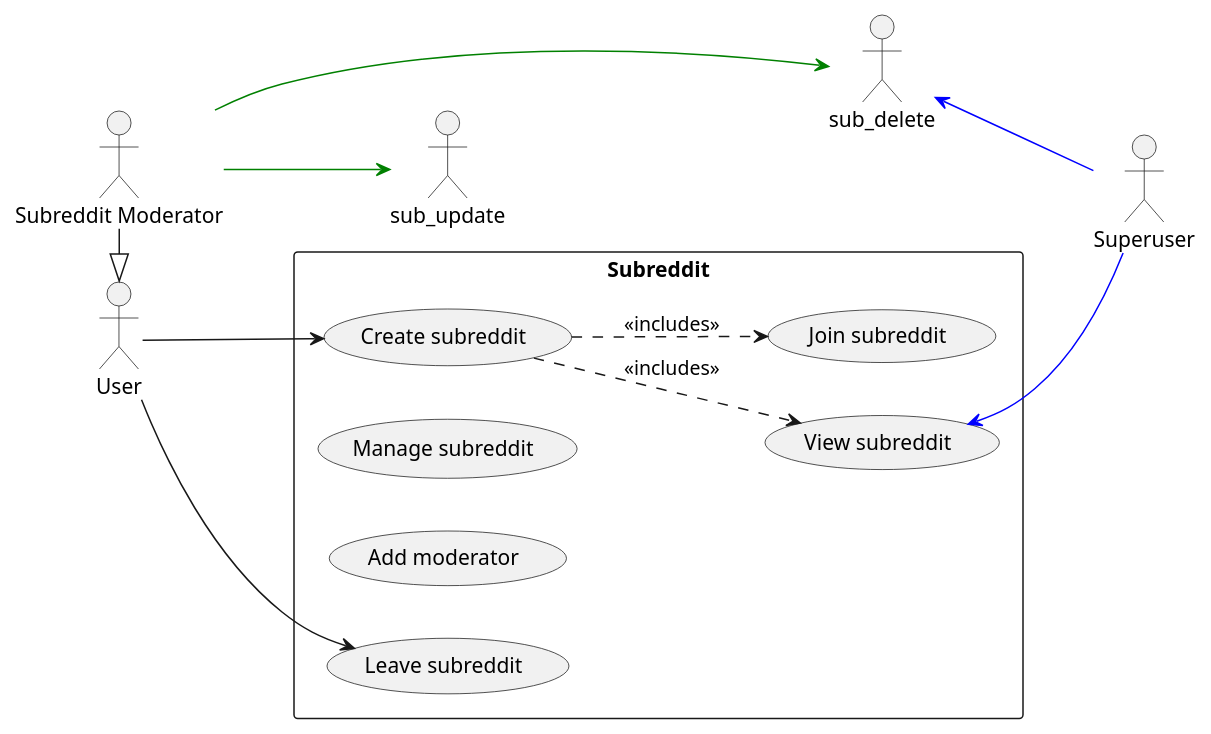
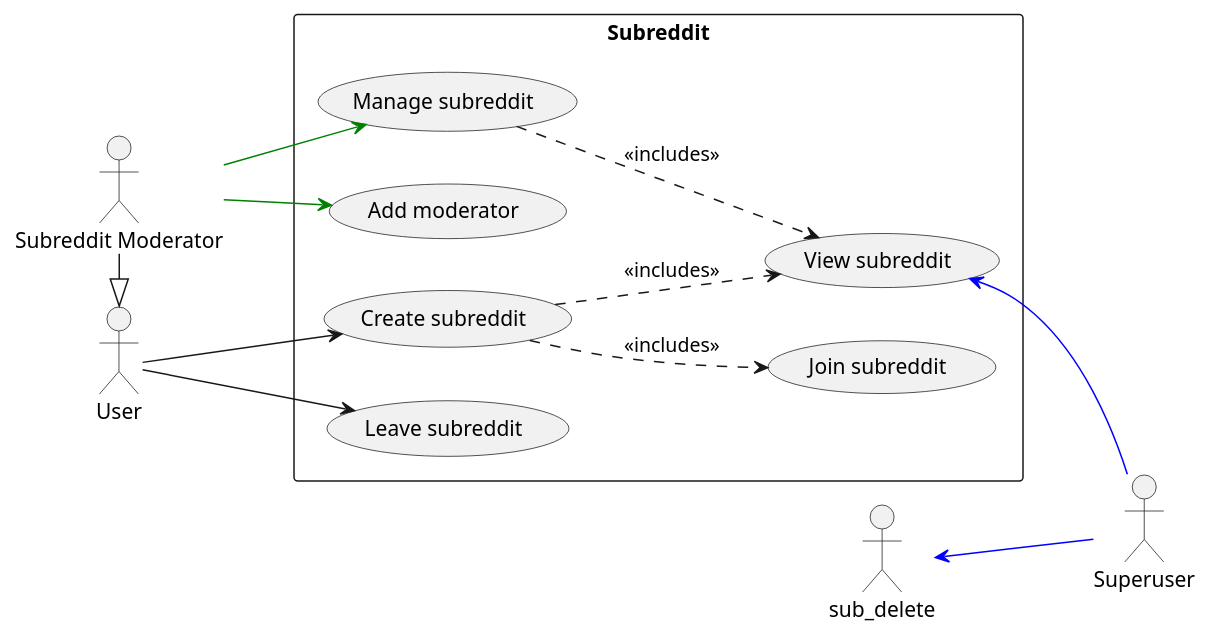
One commit to Huy-Ngo/reddit-design changed the diagram in use_case_subreddit.puml. Above: the diagram before and after it, drawn with PlantUML. The commit also changed 3 other files, not shown here.

Commit message:
Forget main diagram

```diff
--- a/use_case_subreddit.puml
+++ b/use_case_subreddit.puml
@@ -1,31 +1,32 @@
 @startuml
 skinparam packageStyle rectangle
 left to right direction
 actor "User" as user
 actor "Subreddit Moderator" as mod
 actor "Superuser" as su
 mod -|> user
 
 rectangle Subreddit as sub {
   usecase "Create subreddit" as sub_create
   usecase "View subreddit" as sub_read
   usecase "Manage subreddit" as sub_manage
   usecase "Add moderator" as sub_add_mod
 
   usecase "Join subreddit" as sub_join
   usecase "Leave subreddit" as sub_leave
 }
 
 user --> sub_create
 user --> sub_leave
 
-mod -[#green]-> sub_delete
-mod -[#green]-> sub_update
+mod -[#green]-> sub_manage
+mod -[#green]-> sub_add_mod
 
 sub_read    <-[#blue]- su
 sub_delete  <-[#blue]- su
 
 sub_create ..> sub_read : <<includes>>
 sub_create ..> sub_join : <<includes>>
+sub_manage ..> sub_read : <<includes>>
 
 @enduml
```
